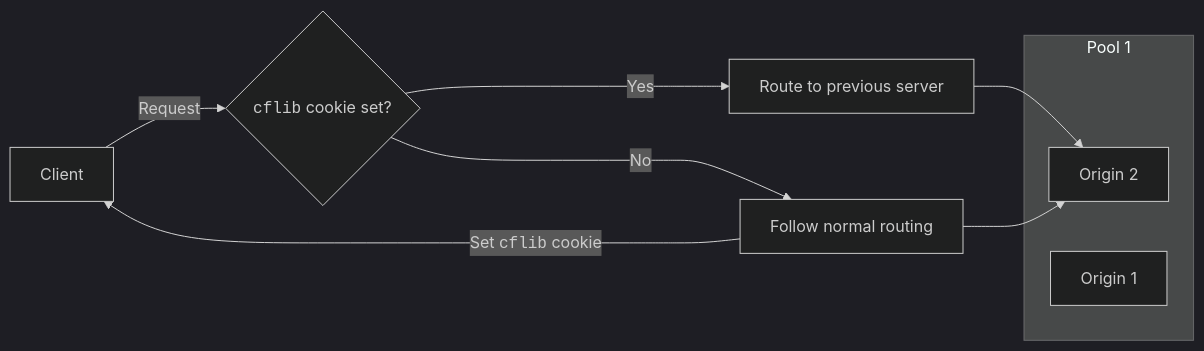
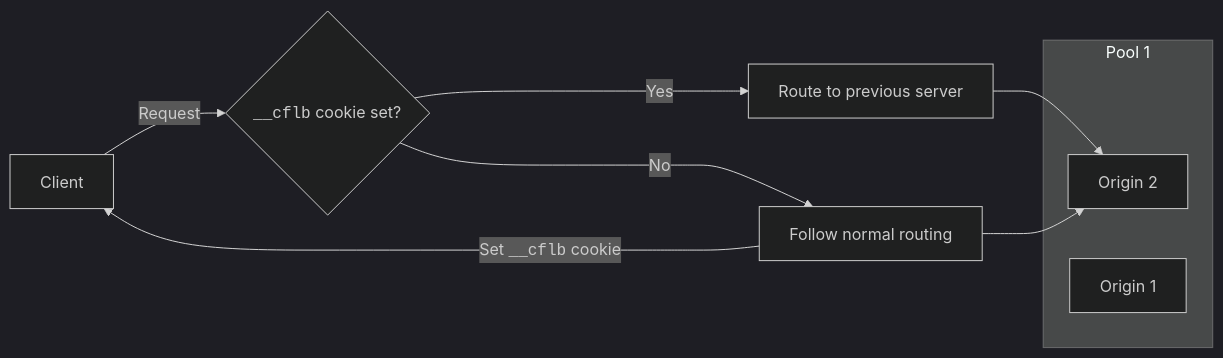
The diagram in content/load-balancing/_partials/_session-affinity-by-cookie-process.md (rdhanarot/cloudflare-docs), drawn with Mermaid (dark theme) before and after one commit. The commit also changed other lines of this file and 1 other file, not shown here.

Commit message:
[LB] Fix session affinity cookie name (#12391)
* Update _session-affinity-by-cookie-process.md

Current document refers to the session affinity cookie as having the name "cflib"; the cookie is currently named "__cflb" per https://developers.cloudflare.com/fundamentals/reference/policies-compliances/cloudflare-cookies/#__cflb-cookie-for-cloudflare-load-balancer-session-affinity (verified in testing earlier today)

* Apply fix to session-affinity.md as well

---------

````diff
--- a/content/load-balancing/_partials/_session-affinity-by-cookie-process.md
+++ b/content/load-balancing/_partials/_session-affinity-by-cookie-process.md
@@ -14,15 +14,15 @@
 ```mermaid
     flowchart LR
       accTitle: Session affinity process
       accDescr: Session affinity directs requests from the same client to the same server.
-     A[Client] --Request--> B{<code>cflib</code> cookie set?}
+     A[Client] --Request--> B{<code>__cflb</code> cookie set?}
      B -->|Yes| C[Route to previous server]
      C --> O2
      B ---->|No| E[Follow normal routing]
      E --> O2
-     E --Set <code>cflib</code> cookie--> A
+     E --Set <code>__cflb</code> cookie--> A
      subgraph P1 [Pool 1]
         O1[Origin 1]
         O2[Origin 2]
      end
 ```
````
